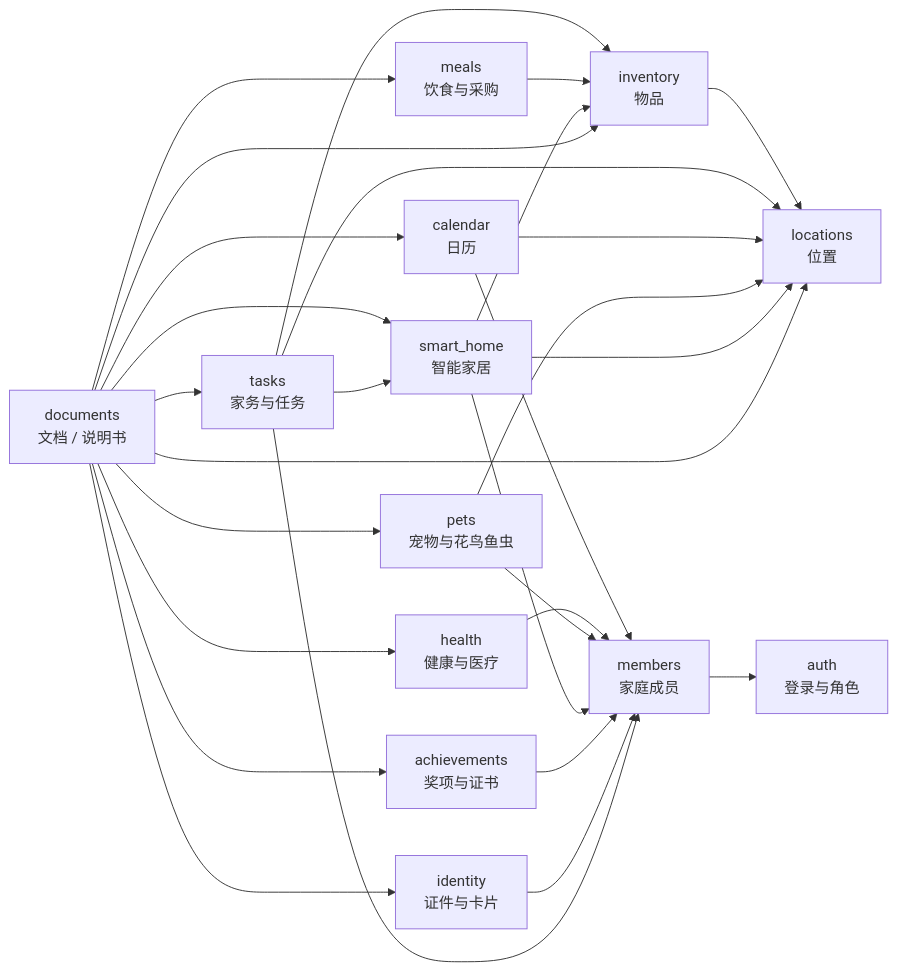
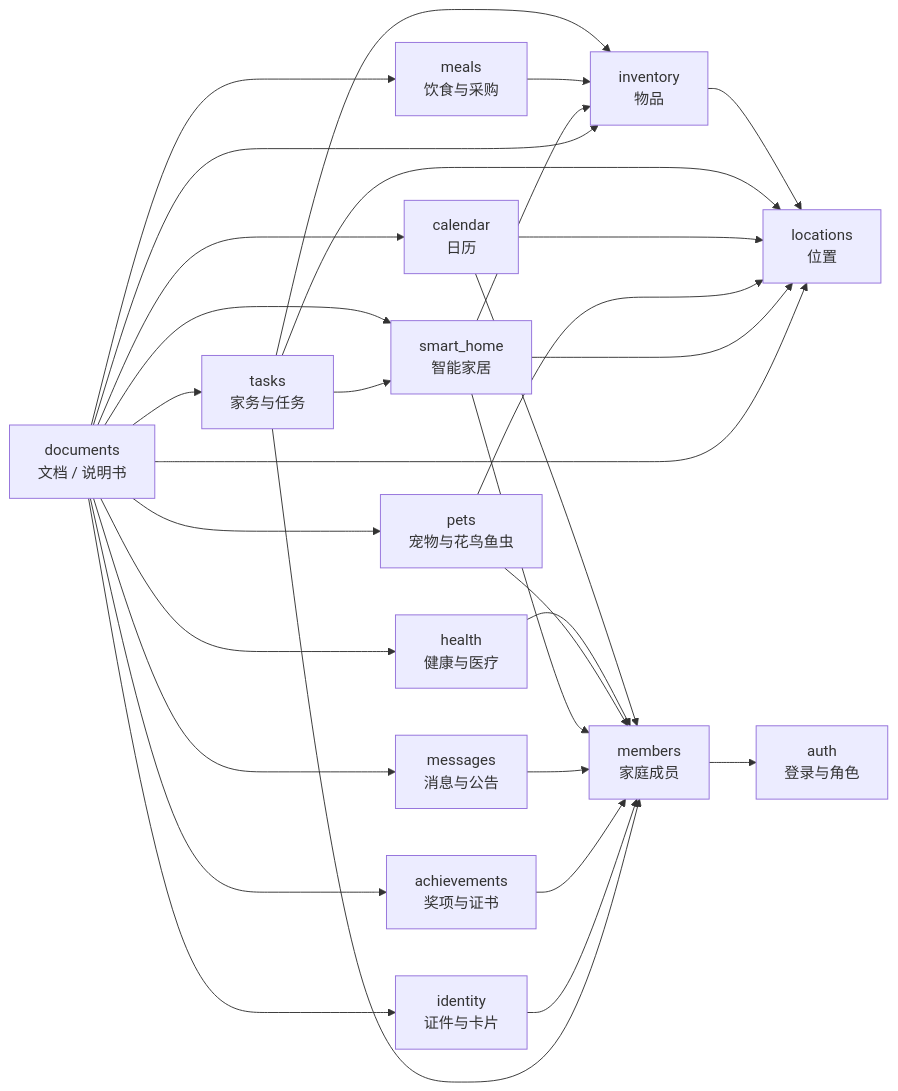
Before and after one commit to Geno1024-AIGC/home-erp-modern: the diagram in docs/08-domain.md, drawn with Mermaid. The commit also changed other lines of this file and 8 other files, not shown here.

````diff
--- a/docs/08-domain.md
+++ b/docs/08-domain.md
@@ -32,37 +33,40 @@
 ```mermaid
 flowchart LR
     Members["members<br/>家庭成员"] --> Auth["auth<br/>登录与角色"]
     Inventory["inventory<br/>物品"] --> Locations["locations<br/>位置"]
     Tasks["tasks<br/>家务与任务"] --> Locations
     Tasks --> Inventory
     Calendar["calendar<br/>日历"]
     Calendar --> Members
     Calendar --> Locations
     Meals["meals<br/>饮食与采购"] --> Inventory
     Health["health<br/>健康与医疗"]
     Health --> Members
     Pets["pets<br/>宠物与花鸟鱼虫"]
     Pets --> Members
     Pets --> Locations
     Documents["documents<br/>文档 / 说明书"]
     SmartHome["smart_home<br/>智能家居"]
     SmartHome --> Locations
     SmartHome --> Members
     SmartHome --> Inventory
     Documents --> SmartHome
     Tasks --> SmartHome
     Documents --> Inventory
     Documents --> Calendar
     Documents --> Meals
     Documents --> Health
     Documents --> Pets
     Documents --> Locations
     Documents --> Tasks
+    Messages["messages<br/>消息与公告"]
+    Messages --> Members
+    Documents --> Messages
     Achievements["achievements<br/>奖项与证书"]
     Documents --> Achievements
     Achievements --> Members
     Identity["identity<br/>证件与卡片"]
     Documents --> Identity
     Identity --> Members
     Tasks --> Members
 ```
````
